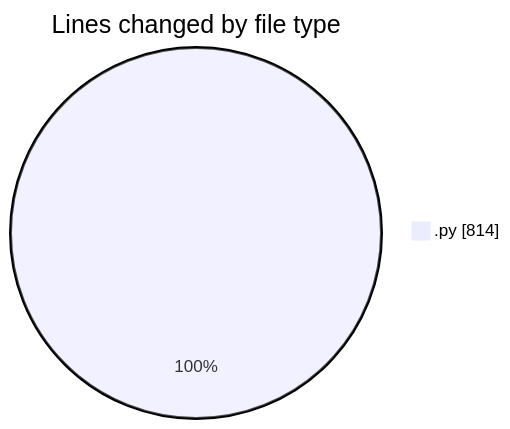
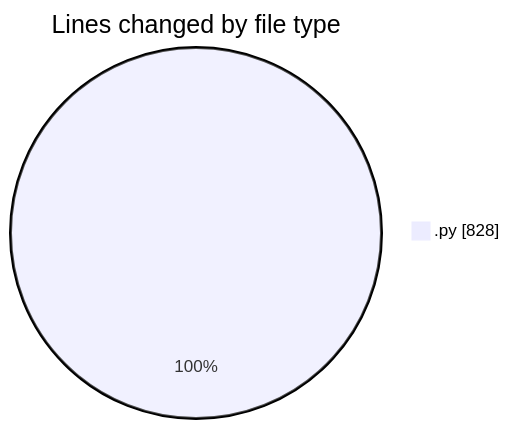
The first of 2 diagrams in 2025-01-12/myws__workspace_/README.md (MatusMokan/code-tracking), drawn with Mermaid before and after one commit. The commit also changed other lines of this file and 1 other file, not shown here.

````diff
--- a/2025-01-12/myws__workspace_/README.md
+++ b/2025-01-12/myws__workspace_/README.md
@@ -22,5 +22,5 @@
 ```mermaid
 pie showData
 title Lines changed by file type
-".py" : 814
+".py" : 828
 ```
````
